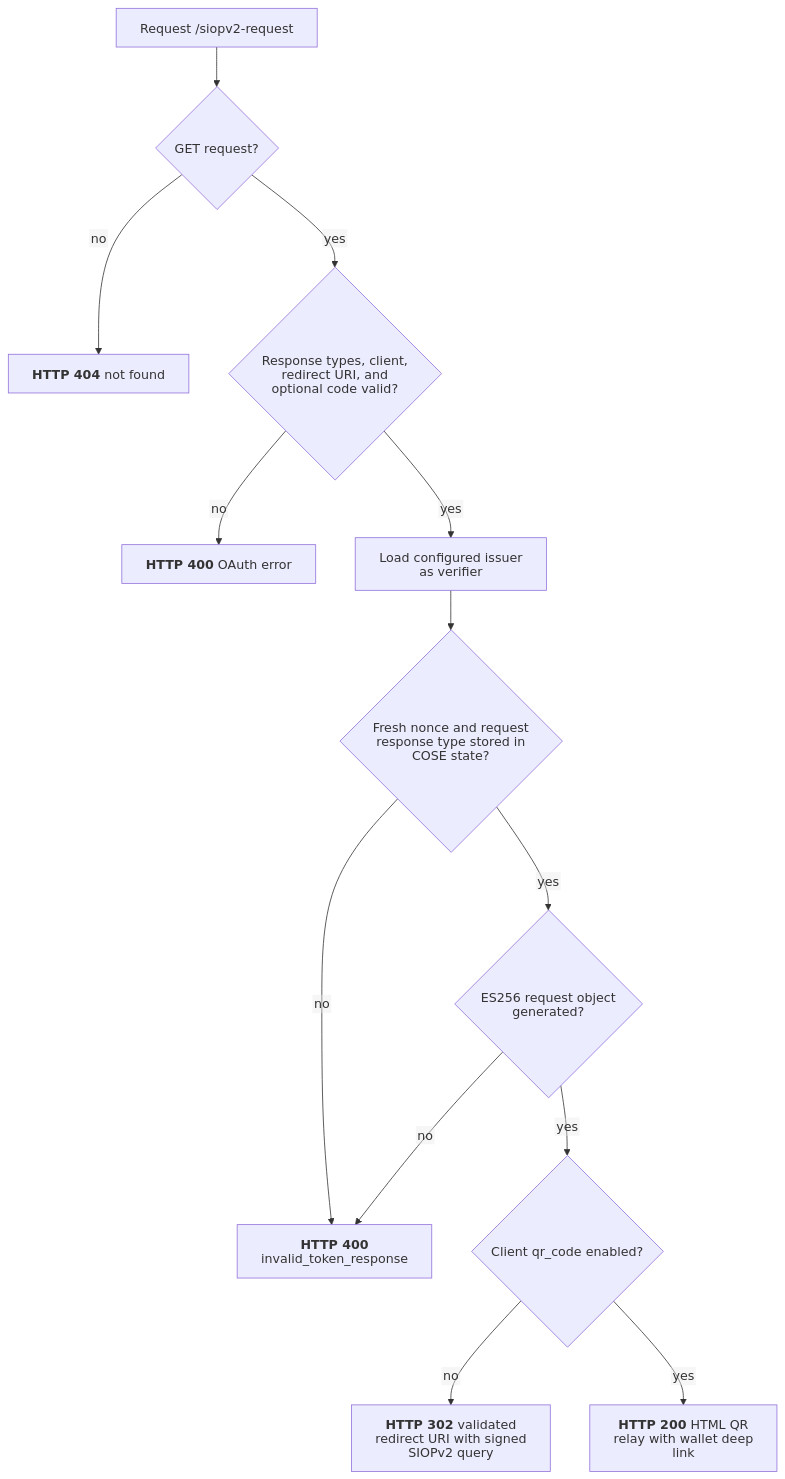
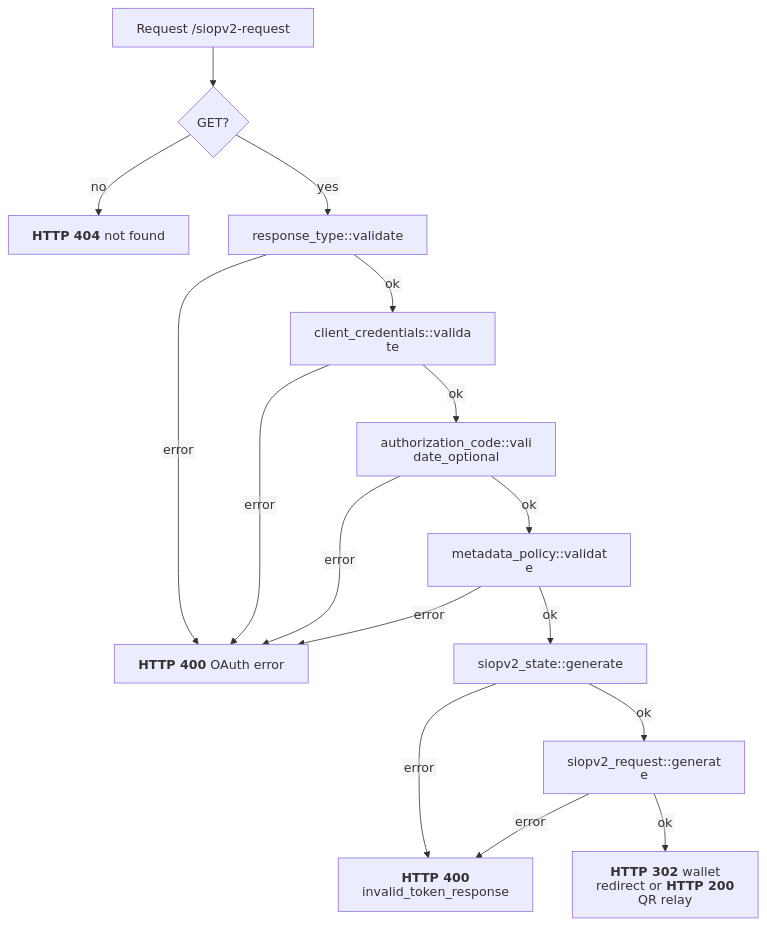
The diagram in docs/flows/siopv2/authorization_request_endpoint.mmd (malach-it/kagome), drawn with Mermaid before and after one commit. The commit also changed 42 other files, not shown here.

Commit message:
docs: simplify flow graphs to resource actions

```diff
--- a/docs/flows/siopv2/authorization_request_endpoint.mmd
+++ b/docs/flows/siopv2/authorization_request_endpoint.mmd
@@ -1,14 +1,17 @@
 %%{init: {"htmlLabels": false, "flowchart": {"htmlLabels": false}}}%%
 flowchart TD
-    start[Request /siopv2-request] --> method{GET request?}
+    start[Request /siopv2-request] --> method{GET?}
     method -- no --> not_found["`**HTTP 404** not found`"]
-    method -- yes --> oauth{Response types, client, redirect URI, and optional code valid?}
-    oauth -- no --> request_error["`**HTTP 400** OAuth error`"]
-    oauth -- yes --> issuer[Load configured issuer as verifier]
-    issuer --> state{Fresh nonce and request response type stored in COSE state?}
-    state -- no --> generation_error["`**HTTP 400** invalid_token_response`"]
-    state -- yes --> signed{ES256 request object generated?}
-    signed -- no --> generation_error
-    signed -- yes --> delivery{Client qr_code enabled?}
-    delivery -- no --> success["`**HTTP 302** validated redirect URI with signed SIOPv2 query`"]
-    delivery -- yes --> qr["`**HTTP 200** HTML QR relay with wallet deep link`"]
+    method -- yes --> response_type["response_type::validate"]
+    response_type -- error --> request_error["`**HTTP 400** OAuth error`"]
+    response_type -- ok --> client["client_credentials::validate"]
+    client -- error --> request_error
+    client -- ok --> code["authorization_code::validate_optional"]
+    code -- error --> request_error
+    code -- ok --> policy["metadata_policy::validate"]
+    policy -- error --> request_error
+    policy -- ok --> state["siopv2_state::generate"]
+    state -- error --> generation_error["`**HTTP 400** invalid_token_response`"]
+    state -- ok --> request_object["siopv2_request::generate"]
+    request_object -- error --> generation_error
+    request_object -- ok --> success["`**HTTP 302** wallet redirect or **HTTP 200** QR relay`"]
```
